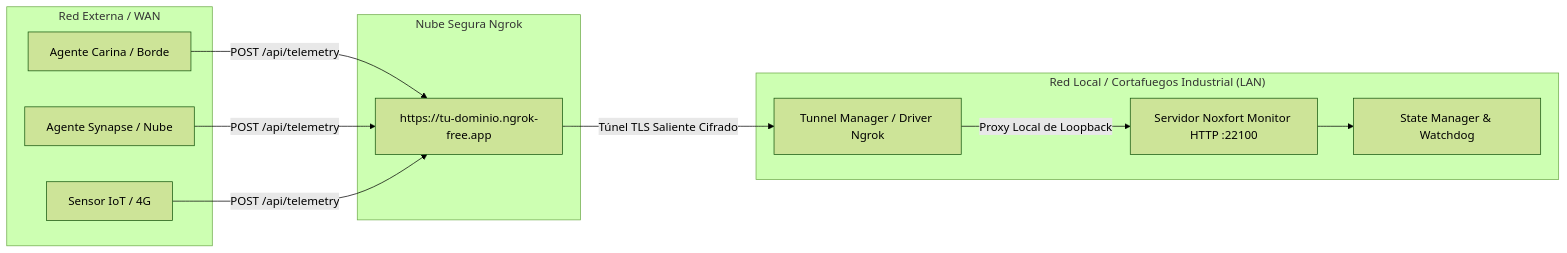
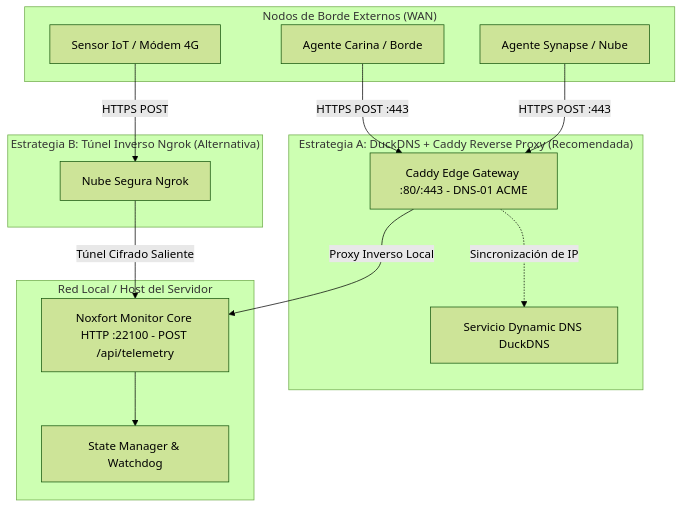
Before and after one commit to Noxfort-Systems-Brazil/MONITOR: the diagram in docs/es/remote_access.md, drawn with Mermaid (forest theme). The commit also changed other lines of this file and 104 other files, not shown here.

````diff
--- a/docs/es/remote_access.md
+++ b/docs/es/remote_access.md
@@ -13,26 +13,31 @@
 ```mermaid
-graph LR
-    subgraph "Red Externa / WAN"
+graph TD
+    subgraph "Nodos de Borde Externos (WAN)"
         Carina[Agente Carina / Borde]
         Synapse[Agente Synapse / Nube]
-        Sensor[Sensor IoT / 4G]
+        Sensor[Sensor IoT / Módem 4G]
     end
 
-    subgraph "Nube Segura Ngrok"
-        EdgeURL[https://tu-dominio.ngrok-free.app]
+    subgraph "Estrategia A: DuckDNS + Caddy Reverse Proxy (Recomendada)"
+        DuckDNS[Servicio Dynamic DNS DuckDNS]
+        Caddy[Caddy Edge Gateway :80/:443 - DNS-01 ACME]
     end
 
-    subgraph "Red Local / Cortafuegos Industrial (LAN)"
-        TunnelManager[Tunnel Manager / Driver Ngrok]
-        MonitorServer[Servidor Noxfort Monitor HTTP :22100]
+    subgraph "Estrategia B: Túnel Inverso Ngrok (Alternativa)"
+        NgrokEdge[Nube Segura Ngrok]
+    end
+
+    subgraph "Red Local / Host del Servidor"
+        ExtHTTP[Noxfort Monitor Core HTTP :22100 - POST /api/telemetry]
         StateManager[State Manager & Watchdog]
     end
 
-    Carina -->|POST /api/telemetry| EdgeURL
-    Synapse -->|POST /api/telemetry| EdgeURL
-    Sensor -->|POST /api/telemetry| EdgeURL
+    Carina -->|HTTPS POST :443| Caddy
+    Synapse -->|HTTPS POST :443| Caddy
+    Sensor -->|HTTPS POST| NgrokEdge
 
-    EdgeURL -->|Túnel TLS Saliente Cifrado| TunnelManager
-    TunnelManager -->|Proxy Local de Loopback| MonitorServer
-    MonitorServer --> StateManager
+    Caddy -.->|Sincronización de IP| DuckDNS
+    Caddy -->|Proxy Inverso Local| ExtHTTP
+    NgrokEdge -->|Túnel Cifrado Saliente| ExtHTTP
+    ExtHTTP --> StateManager
 ```
````
